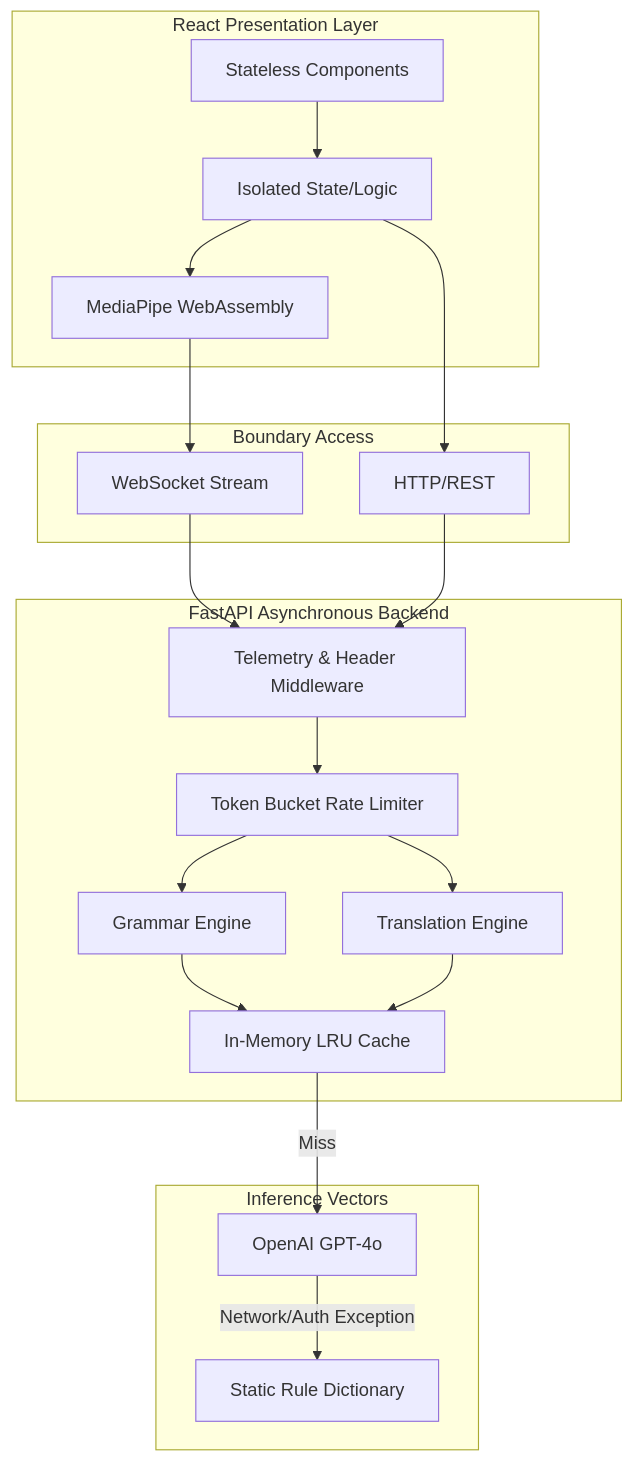
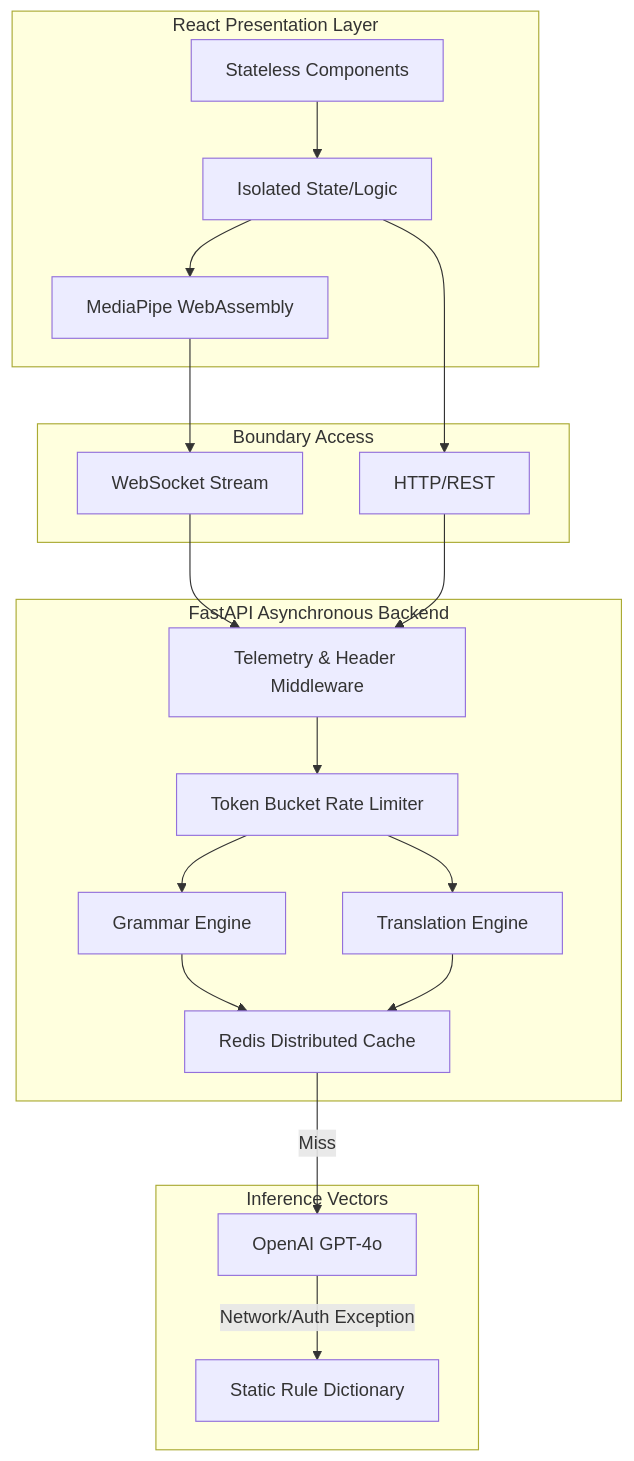
Before and after one commit to astr012/shia-app: the first of 3 diagrams in Architecture.md, drawn with Mermaid. The commit also changed 1 other file, not shown here.

Commit message:
docs: update architecture and roadmap to reflect phase 2 completion

````diff
--- a/Architecture.md
+++ b/Architecture.md
@@ -18,40 +18,40 @@
 ```mermaid
 graph TD
     subgraph Edge Client [React Presentation Layer]
         UI[Stateless Components]
         Hooks[Isolated State/Logic]
         CV[MediaPipe WebAssembly]
     end
     
     subgraph Transport [Boundary Access]
         WS[WebSocket Stream]
         REST[HTTP/REST]
     end
     
     subgraph Gateway [FastAPI Asynchronous Backend]
         MW[Telemetry & Header Middleware]
         Limiter[Token Bucket Rate Limiter]
         G_Engine[Grammar Engine]
         T_Engine[Translation Engine]
-        Cache[In-Memory LRU Cache]
+        Cache[Redis Distributed Cache]
     end
     
     subgraph External Dependencies [Inference Vectors]
         LLM[OpenAI GPT-4o]
         Dict[Static Rule Dictionary]
     end
 
     UI --> Hooks
     Hooks --> CV
     CV --> WS
     Hooks --> REST
     WS --> MW
     REST --> MW
     MW --> Limiter
     Limiter --> G_Engine
     Limiter --> T_Engine
     G_Engine --> Cache
     T_Engine --> Cache
     Cache -- Miss --> LLM
     LLM -- Network/Auth Exception --> Dict
 ```
````
